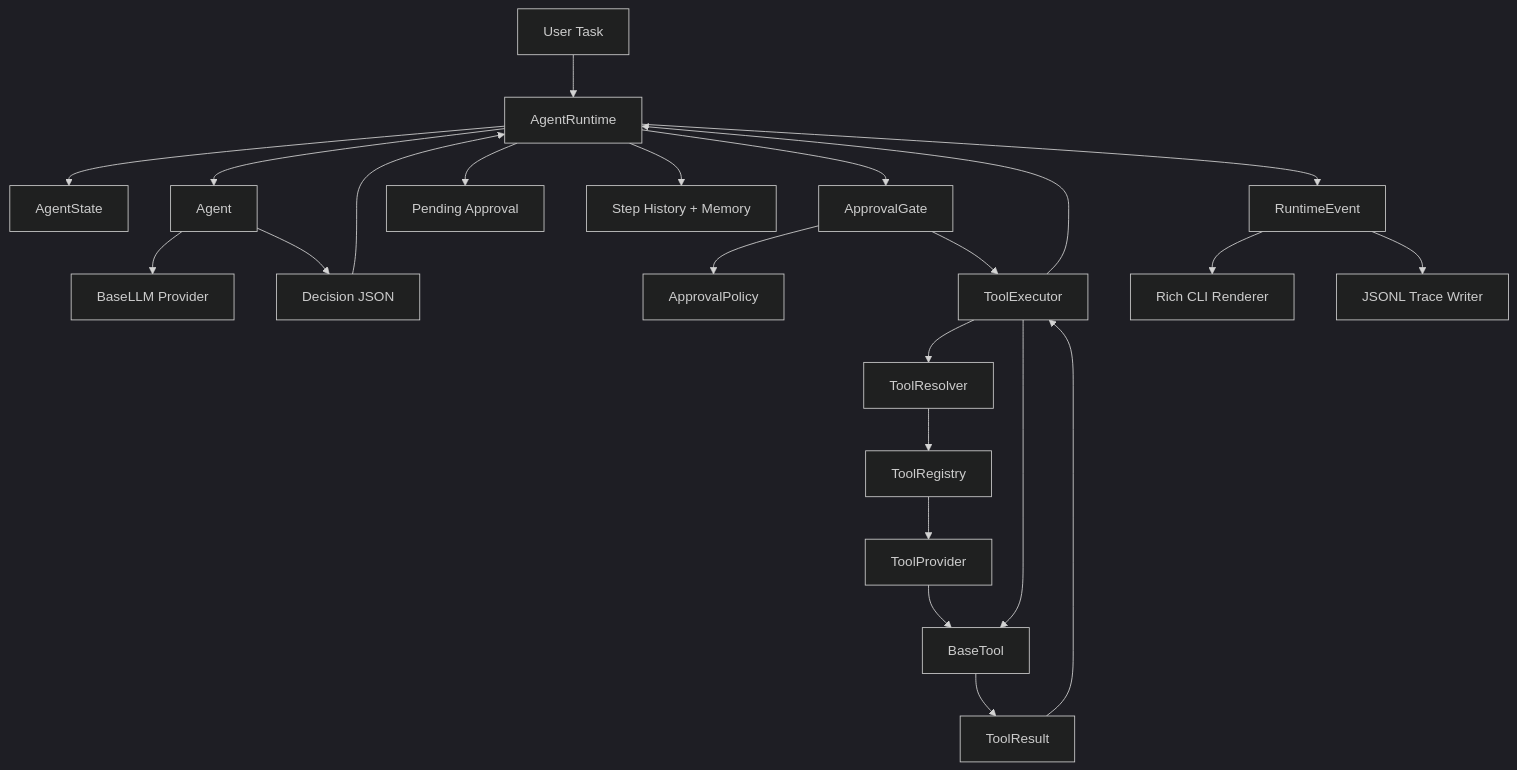
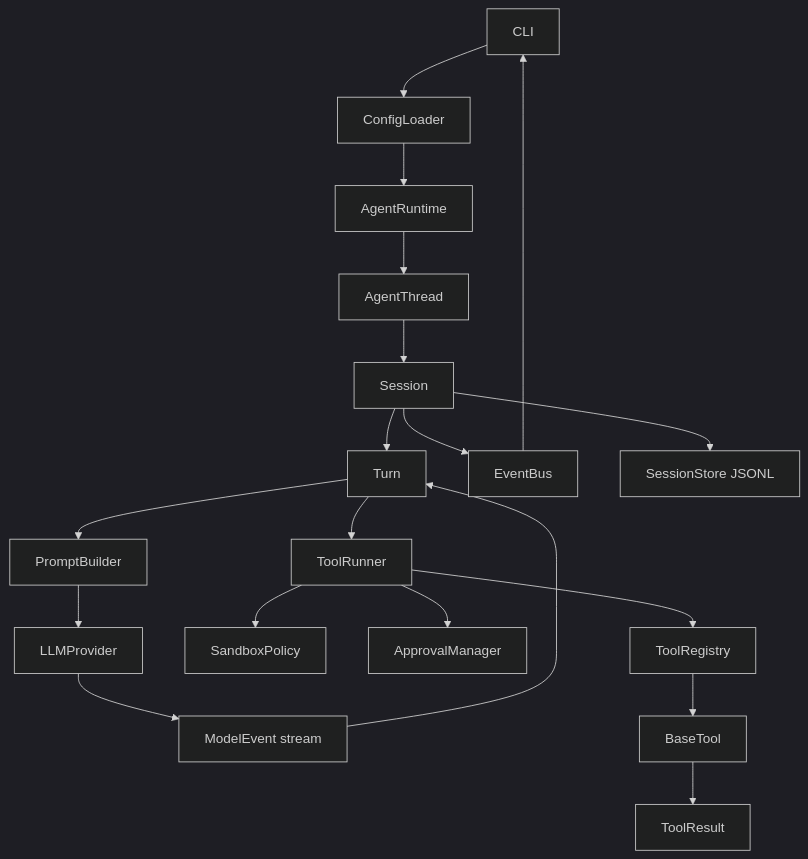
One commit to Dabuliule/codecraft changed the diagram in docs/ARCHITECTURE.md. Above: the diagram before and after it, drawn with Mermaid (dark theme). The commit also changed other lines of this file and 6 other files, not shown here.

````diff
--- a/docs/ARCHITECTURE.md
+++ b/docs/ARCHITECTURE.md
@@ -19,25 +18,21 @@
 ```mermaid
 flowchart TD
-    UserTask[User Task] --> Runtime[AgentRuntime]
-    Runtime --> State[AgentState]
-    Runtime --> Agent[Agent]
-    Agent --> LLM[BaseLLM Provider]
-    Agent --> Decision[Decision JSON]
-    Decision --> Runtime
-    Runtime --> ApprovalGate[ApprovalGate]
-    ApprovalGate --> ApprovalPolicy[ApprovalPolicy]
-    Runtime --> PendingApproval[Pending Approval]
-    ApprovalGate --> ToolExecutor[ToolExecutor]
-    ToolExecutor --> Resolver[ToolResolver]
-    Resolver --> Registry[ToolRegistry]
-    Registry --> Provider[ToolProvider]
-    Provider --> Tool[BaseTool]
-    ToolExecutor --> Tool
-    Tool --> Result[ToolResult]
-    Result --> ToolExecutor
-    ToolExecutor --> Runtime
-    Runtime --> Step[Step History + Memory]
-    Runtime --> Events[RuntimeEvent]
-    Events --> CLI[Rich CLI Renderer]
-    Events --> Trace[JSONL Trace Writer]
+    CLI[CLI] --> ConfigLoader[ConfigLoader]
+    ConfigLoader --> Runtime[AgentRuntime]
+    Runtime --> Thread[AgentThread]
+    Thread --> Session[Session]
+    Session --> Turn[Turn]
+    Turn --> PromptBuilder[PromptBuilder]
+    PromptBuilder --> Provider[LLMProvider]
+    Provider --> ModelEvents[ModelEvent stream]
+    ModelEvents --> Turn
+    Turn --> ToolRunner[ToolRunner]
+    ToolRunner --> Sandbox[SandboxPolicy]
+    ToolRunner --> Approval[ApprovalManager]
+    ToolRunner --> Registry[ToolRegistry]
+    Registry --> Tool[BaseTool]
+    Tool --> ToolResult[ToolResult]
+    Session --> EventBus[EventBus]
+    Session --> Store[SessionStore JSONL]
+    EventBus --> CLI
 ```
````
